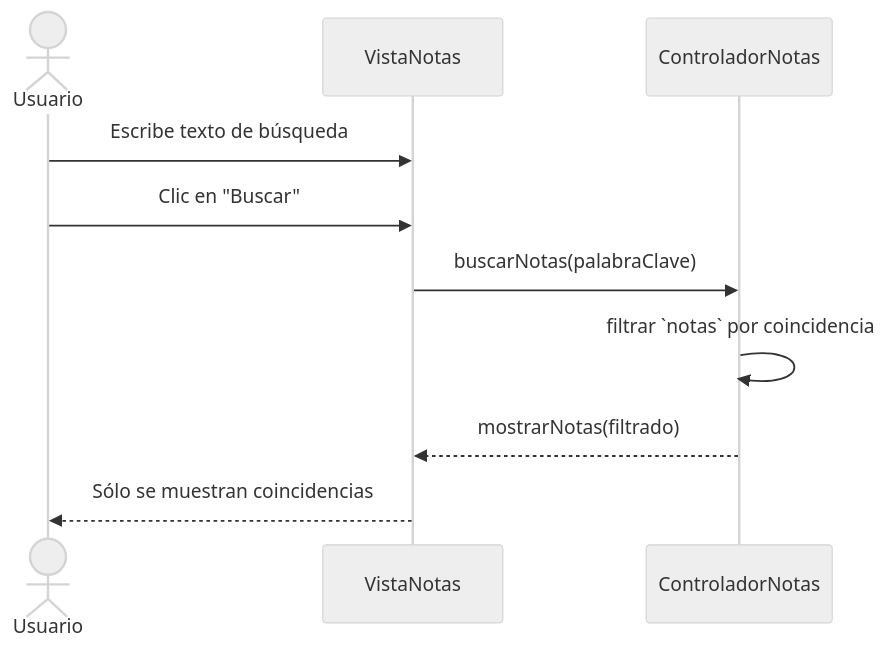
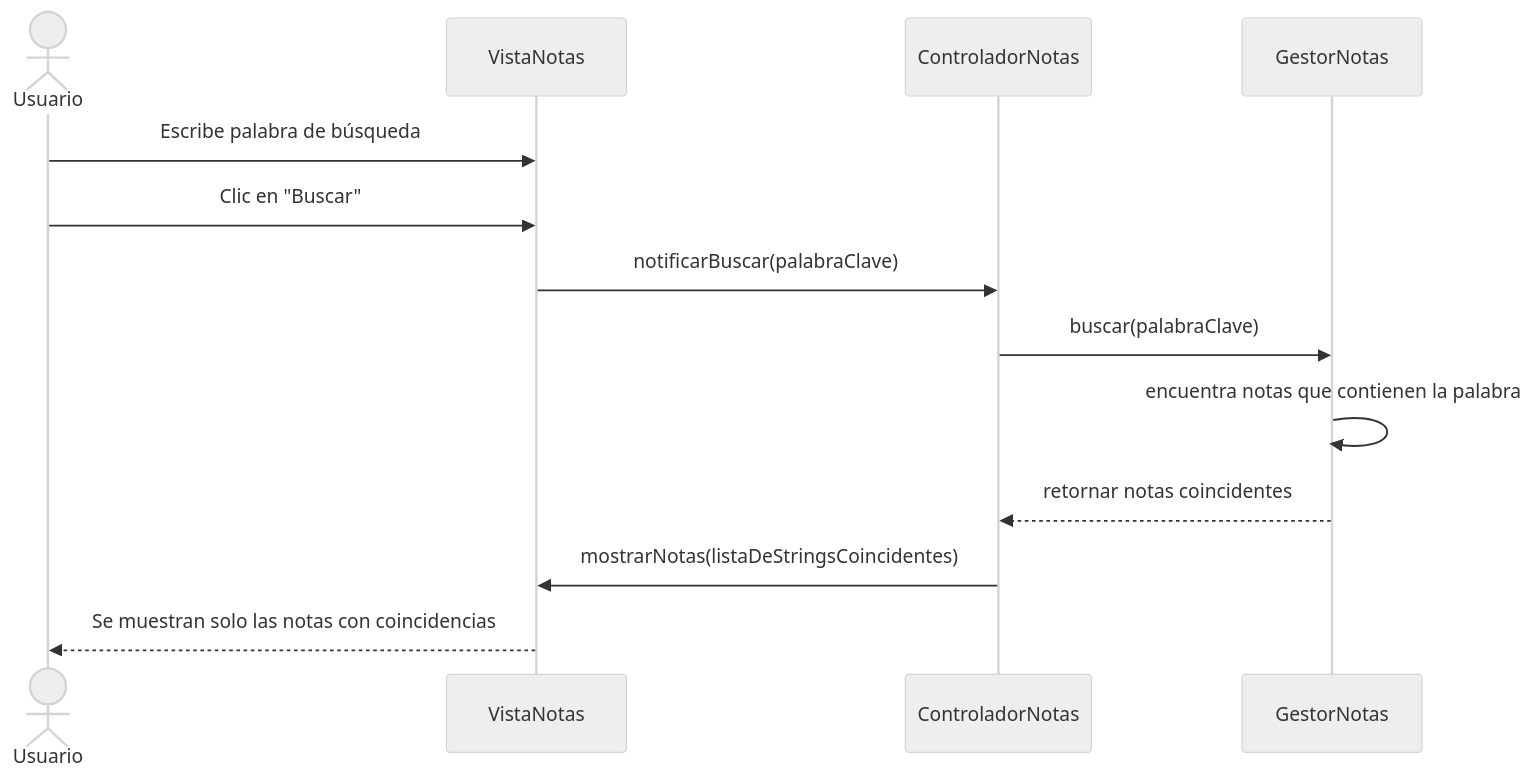
Before and after one commit to jangelmm/FlashNotes: diagram 11 of 12 in README.md, drawn with Mermaid (neutral theme). The commit also changed other lines of this file and 12 other files, not shown here.

````diff
--- a/README.md
+++ b/README.md
@@ -438,13 +578,16 @@
 ```mermaid
 sequenceDiagram
     actor Usuario
-    participant VistaNotas as VistaNotas
+    participant Vista as VistaNotas
     participant Ctrl as ControladorNotas
+    participant Gestor as GestorNotas
 
-    Usuario ->> VistaNotas: Escribe texto de búsqueda
-    Usuario ->> VistaNotas: Clic en "Buscar"
-    VistaNotas ->> Ctrl: buscarNotas(palabraClave)
-    Ctrl ->> Ctrl: filtrar `notas` por coincidencia
-    Ctrl -->> VistaNotas: mostrarNotas(filtrado)
-    VistaNotas -->> Usuario: Sólo se muestran coincidencias
+    Usuario ->> Vista: Escribe palabra de búsqueda
+    Usuario ->> Vista: Clic en "Buscar"
+    Vista ->> Ctrl: notificarBuscar(palabraClave)
+    Ctrl ->> Gestor: buscar(palabraClave)
+    Gestor ->> Gestor: encuentra notas que contienen la palabra
+    Gestor -->> Ctrl: retornar notas coincidentes
+    Ctrl ->> Vista: mostrarNotas(listaDeStringsCoincidentes)
+    Vista -->> Usuario: Se muestran solo las notas con coincidencias
 ```
````
